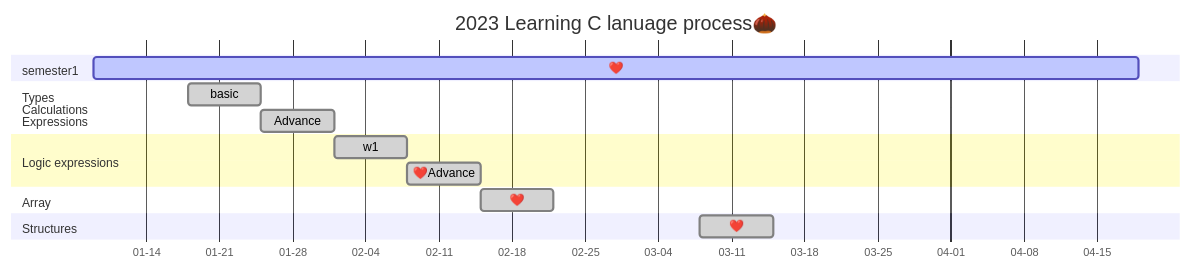
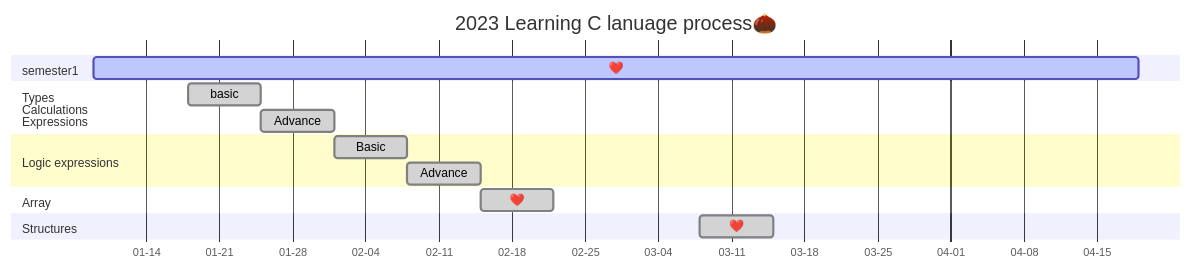
One commit to AimeeWen1992/Learning-C changed the diagram in README.md. Above: the diagram before and after it, drawn with Mermaid.

````diff
--- a/README.md
+++ b/README.md
@@ -15,24 +15,24 @@
 ```mermaid
 gantt
 title 2023 Learning C lanuage process🌰 
 dateFormat YYYY-MM-DD
 axisFormat %m-%d
 section semester1
         ❤️:active,01-09,100d
 section Types<br />Calculations<br />Expressions
-        basic   :done,01-18,7d
-        Advance :done,01-25,7d
+ basic   :done,01-18,7d
+ Advance :done,01-25,7d
 
 section Logic expressions
-        w1   :done,02-01,7d
-        ❤️Advance :done,02-08,7d
+Basic   :done,02-01,7d
+Advance :done,02-08,7d
 
 section Array
-        ❤️      :done,02-15,7d
+❤️      :done,02-15,7d
 
 section Structures
-        ❤️      :done,03-08,7d
+❤️      :done,03-08,7d
 
 section Fountion
 
 ```
````
